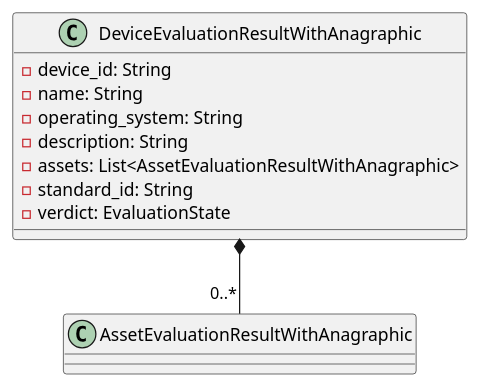
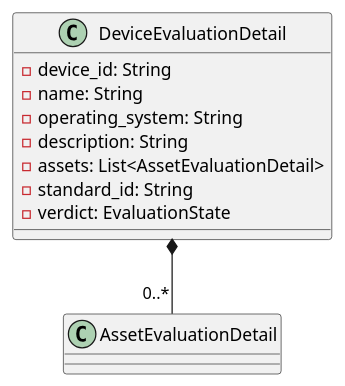
Before and after one commit to GroupRubberDuck/Documentazione: the diagram in src/PB/DocumentazioneEsterna/Specifica_Tecnica/content/uml/puml/Diagrammi_classi/Backend/Domain/DeviceEvaluationResultWithAnagraphic.puml, drawn with PlantUML. The commit also changed 3 other files, not shown here.

Commit message:
Fix: cambiato nome a entità evaluationDetail in puml

```diff
--- a/src/PB/DocumentazioneEsterna/Specifica_Tecnica/content/uml/puml/Diagrammi_classi/Backend/Domain/DeviceEvaluationResultWithAnagraphic.puml
+++ b/src/PB/DocumentazioneEsterna/Specifica_Tecnica/content/uml/puml/Diagrammi_classi/Backend/Domain/DeviceEvaluationResultWithAnagraphic.puml
@@ -1,15 +1,15 @@
-@startuml DeviceEvaluationResultWithAnagraphic
+@startuml DeviceEvaluationDetail
 
-class DeviceEvaluationResultWithAnagraphic {
+class DeviceEvaluationDetail {
     - device_id: String
     - name: String
     - operating_system: String
     - description: String
-    - assets: List<AssetEvaluationResultWithAnagraphic>
+    - assets: List<AssetEvaluationDetail>
     - standard_id: String
     - verdict: EvaluationState
 }
 
-DeviceEvaluationResultWithAnagraphic *--"0..*" AssetEvaluationResultWithAnagraphic
+DeviceEvaluationDetail *--"0..*" AssetEvaluationDetail
 
 @enduml
```
